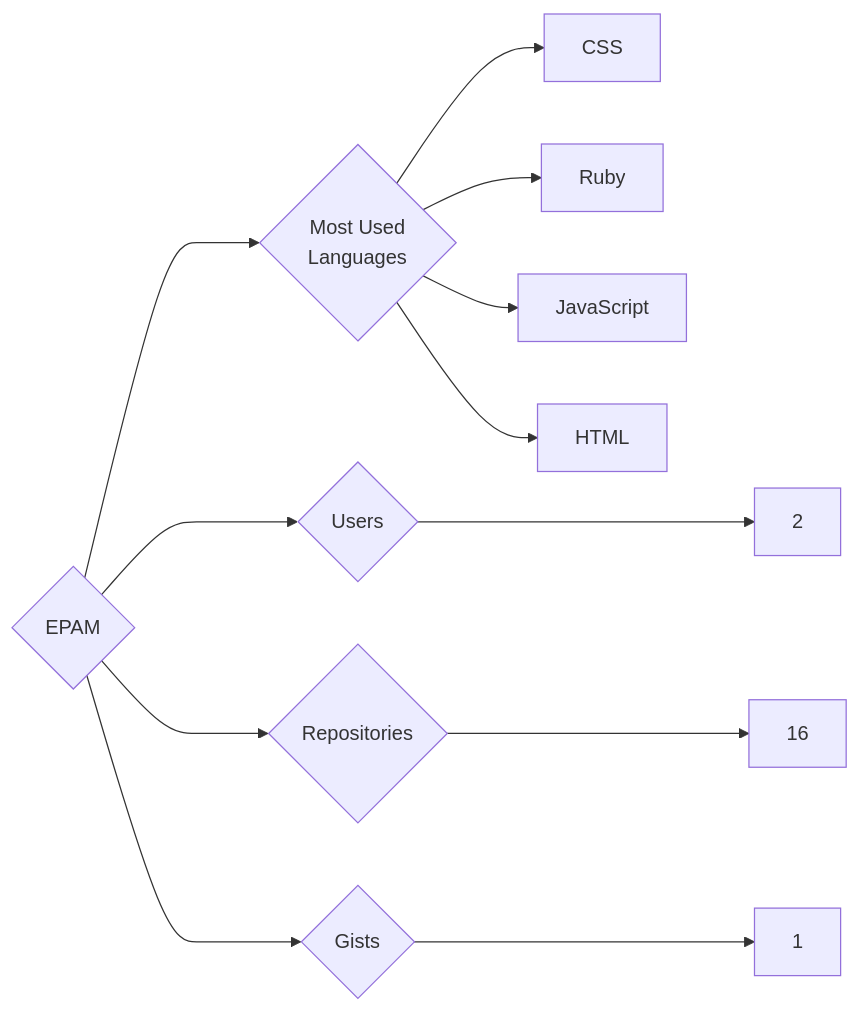
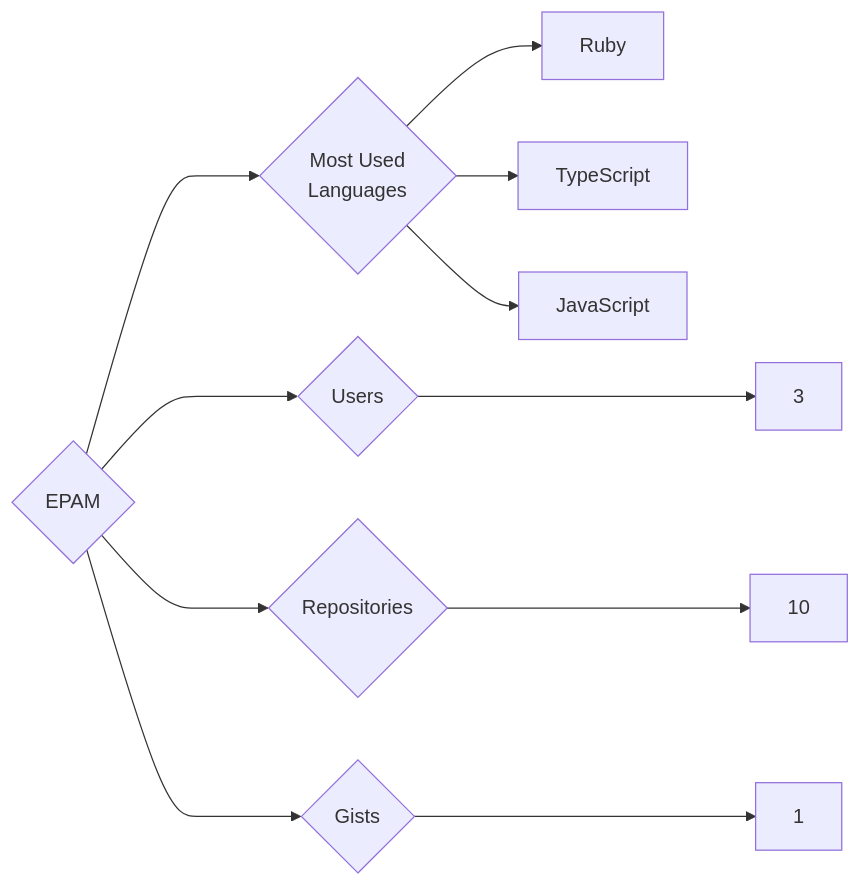
The diagram in targets/EPAM/README.md (trickest/insiders), drawn with Mermaid before and after one commit. The commit also changed 1170 other files, not shown here.

````diff
--- a/targets/EPAM/README.md
+++ b/targets/EPAM/README.md
@@ -3,12 +3,11 @@
 ```mermaid
 graph LR
 COMPANY_NAME{EPAM}
-COMPANY_NAME ---> U{Users} ---> UN[2]
-COMPANY_NAME ---> R{Repositories} ---> RN[16]
+COMPANY_NAME ---> U{Users} ---> UN[3]
+COMPANY_NAME ---> R{Repositories} ---> RN[10]
 COMPANY_NAME ---> G{Gists} ---> GN[1]
 COMPANY_NAME ---> ML{Most Used<br>Languages}
-ML --> CSS[CSS]
 ML --> Ruby[Ruby]
+ML --> TypeScript[TypeScript]
 ML --> JavaScript[JavaScript]
-ML --> HTML[HTML]
 ```
````
